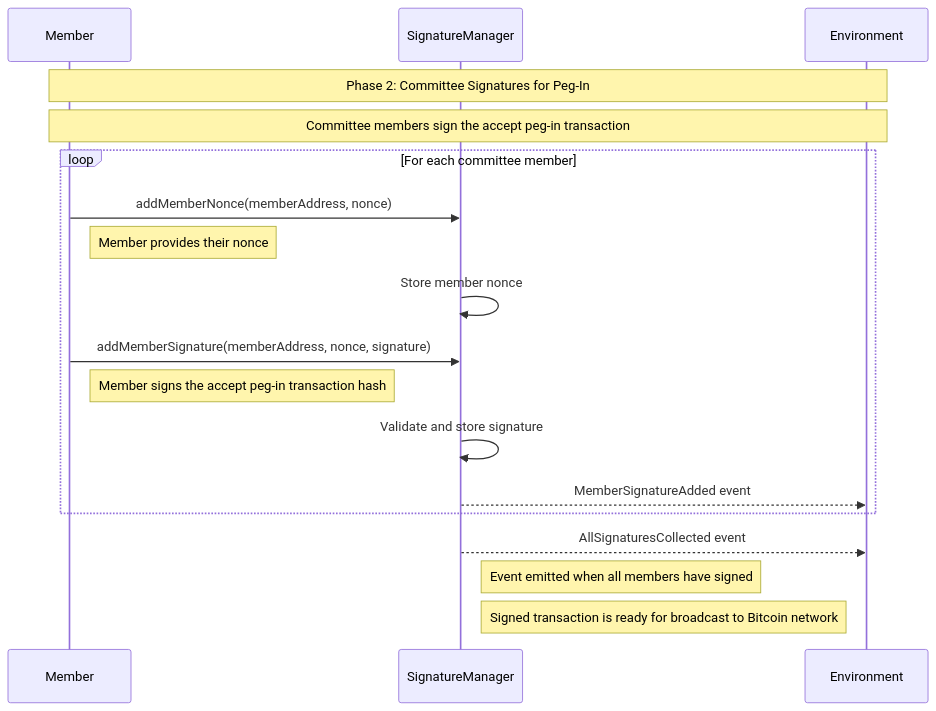
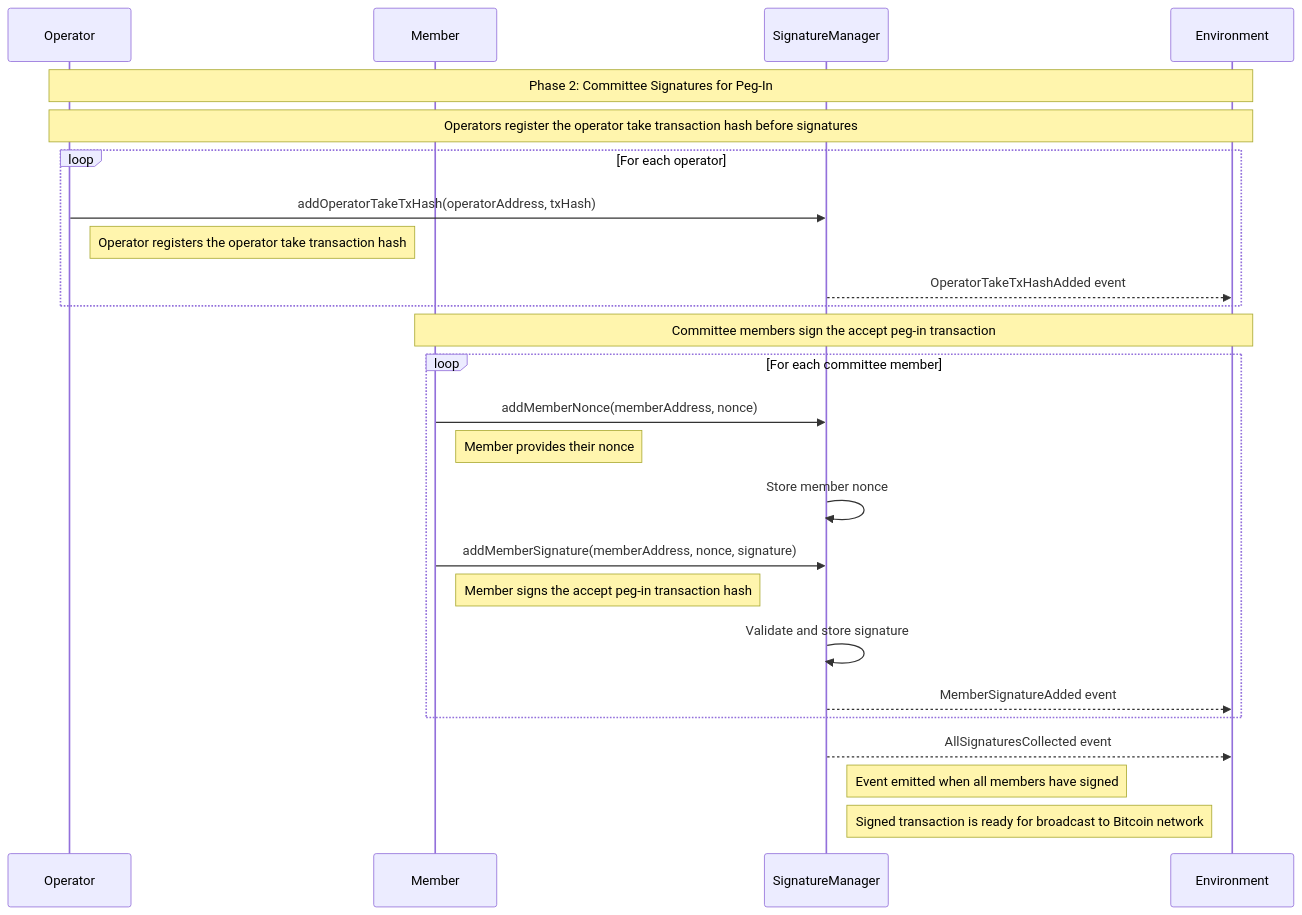
One commit to rsksmart/union-bridge-contracts changed the sixth of 11 diagrams in README.md. Above: the diagram before and after it, drawn with Mermaid. The commit also changed other lines of this file, not shown here.

Commit message:
Update README and diagrams

````diff
--- a/README.md
+++ b/README.md
@@ -191,23 +199,32 @@
 ```mermaid
 sequenceDiagram
+    participant O as Operator
     participant M as Member
     participant SM as SignatureManager
     participant ENV as Environment
 
-    Note over M,ENV: Phase 2: Committee Signatures for Peg-In
+    Note over O,ENV: Phase 2: Committee Signatures for Peg-In
+    Note over O,ENV: Operators register the operator take transaction hash before signatures
+
+    loop For each operator
+        O->>SM: addOperatorTakeTxHash(operatorAddress, txHash)
+        Note right of O: Operator registers the operator take transaction hash
+        SM-->>ENV: OperatorTakeTxHashAdded event
+    end
+
     Note over M,ENV: Committee members sign the accept peg-in transaction
 
     loop For each committee member
         M->>SM: addMemberNonce(memberAddress, nonce)
         Note right of M: Member provides their nonce
         SM->>SM: Store member nonce
         M->>SM: addMemberSignature(memberAddress, nonce, signature)
         Note right of M: Member signs the accept peg-in transaction hash
         SM->>SM: Validate and store signature
         SM-->>ENV: MemberSignatureAdded event
     end
 
     SM-->>ENV: AllSignaturesCollected event
     Note right of SM: Event emitted when all members have signed
     Note right of SM: Signed transaction is ready for broadcast to Bitcoin network
 ```
````
